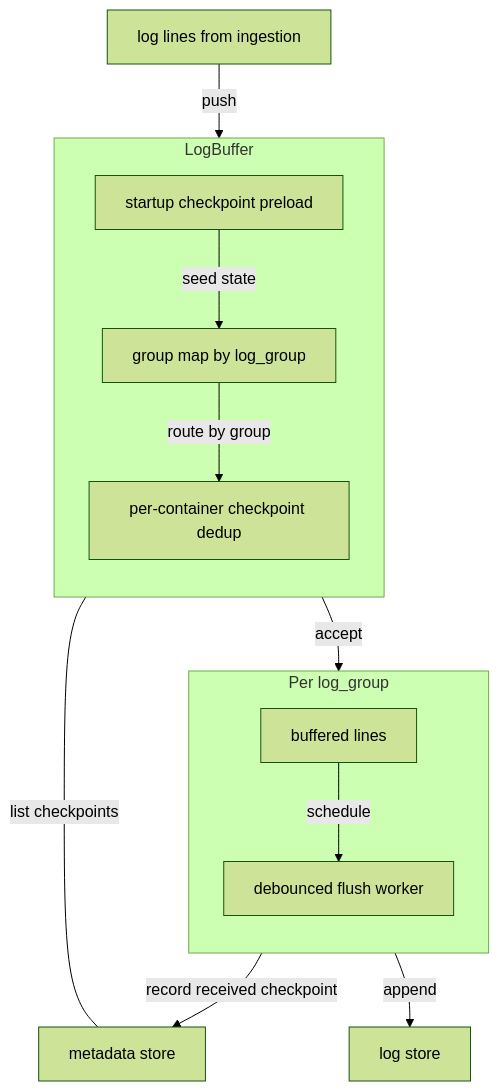
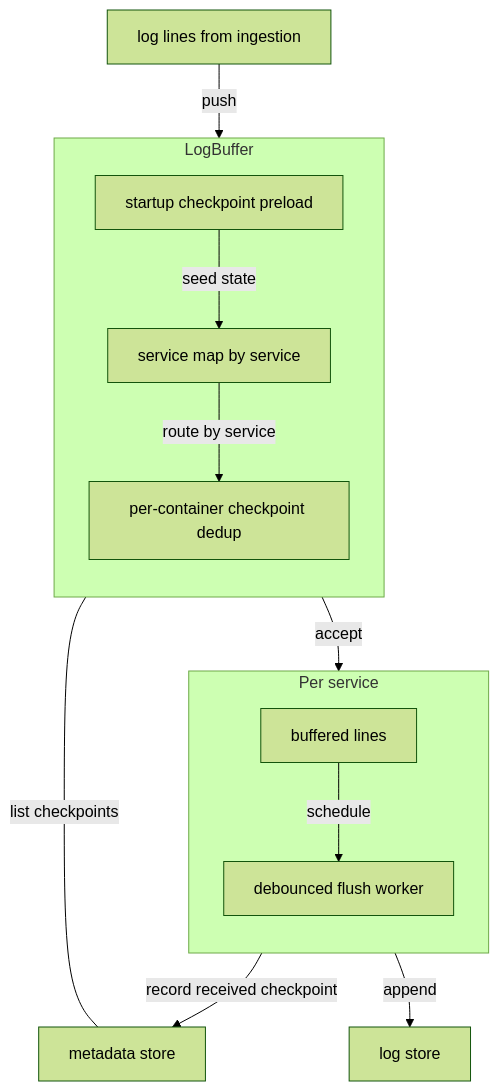
One commit to skvostik/vpsiner changed the fourth of 4 diagrams in docs/ARCHITECTURE.md. Above: the diagram before and after it, drawn with Mermaid (forest theme). The commit also changed other lines of this file and 40 other files, not shown here.

Commit message:
refactor: rename log_group to service

````diff
--- a/docs/ARCHITECTURE.md
+++ b/docs/ARCHITECTURE.md
@@ -181,28 +181,28 @@
 ```mermaid
 flowchart TB
     In[log lines from ingestion]
     Metadata[metadata store]
     LogStore[log store]
 
     subgraph BufferCore[LogBuffer]
         direction TB
         Seed[startup checkpoint preload]
-        Groups[group map by log_group]
+        Services[service map by service]
         Dedup[per-container checkpoint dedup]
     end
 
-    subgraph PerGroup[Per log_group]
+    subgraph PerService[Per service]
         direction TB
         Queue[buffered lines]
         Flush[debounced flush worker]
     end
 
-    In -->|push| Groups
+    In -->|push| Services
     Seed ---|list checkpoints| Metadata
-    Seed -->|seed state| Groups
-    Groups -->|route by group| Dedup
+    Seed -->|seed state| Services
+    Services -->|route by service| Dedup
     Dedup -->|accept| Queue
     Queue -->|schedule| Flush
     Flush -->|record received checkpoint| Metadata
     Flush -->|append| LogStore
 ```
````
